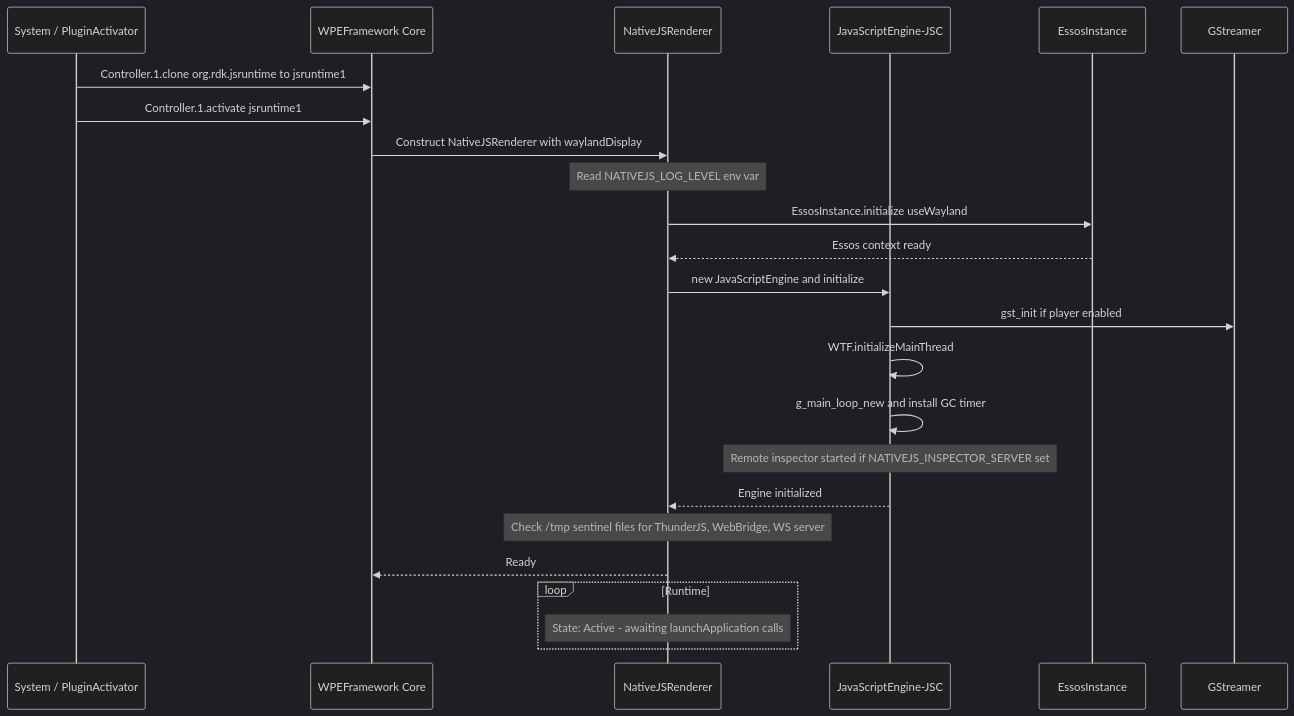
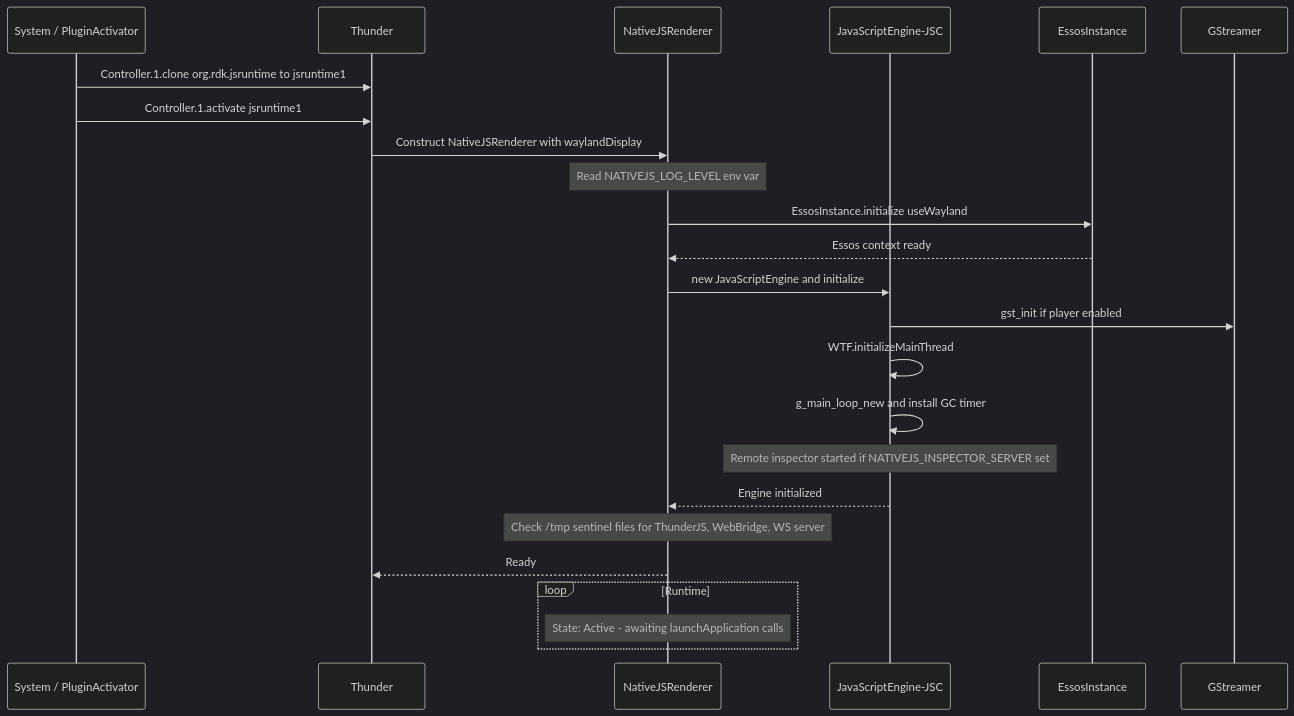
One commit to rns21/RDK_Documentation changed the third of 6 diagrams in docs/docu/RDKV-Documentations/rdkNativescript.md. Above: the diagram before and after it, drawn with Mermaid (dark theme). The commit also changed other lines of this file, not shown here.

````diff
--- a/docs/docu/RDKV-Documentations/rdkNativescript.md
+++ b/docs/docu/RDKV-Documentations/rdkNativescript.md
@@ -154,28 +162,28 @@
 ```mermaid
 sequenceDiagram
     participant System as System / PluginActivator
-    participant Thunder as WPEFramework Core
+    participant Thunder as Thunder
     participant NR as NativeJSRenderer
     participant JSE as JavaScriptEngine-JSC
     participant Essos as EssosInstance
     participant GST as GStreamer
 
     System->>Thunder: Controller.1.clone org.rdk.jsruntime to jsruntime1
     System->>Thunder: Controller.1.activate jsruntime1
     Thunder->>NR: Construct NativeJSRenderer with waylandDisplay
     Note over NR: Read NATIVEJS_LOG_LEVEL env var
     NR->>Essos: EssosInstance.initialize useWayland
     Essos-->>NR: Essos context ready
     NR->>JSE: new JavaScriptEngine and initialize
     JSE->>GST: gst_init if player enabled
     JSE->>JSE: WTF.initializeMainThread
     JSE->>JSE: g_main_loop_new and install GC timer
     Note over JSE: Remote inspector started if NATIVEJS_INSPECTOR_SERVER set
     JSE-->>NR: Engine initialized
     Note over NR: Check /tmp sentinel files for ThunderJS, WebBridge, WS server
     NR-->>Thunder: Ready
 
     loop Runtime
         Note over NR: State: Active - awaiting launchApplication calls
     end
 ```
````
